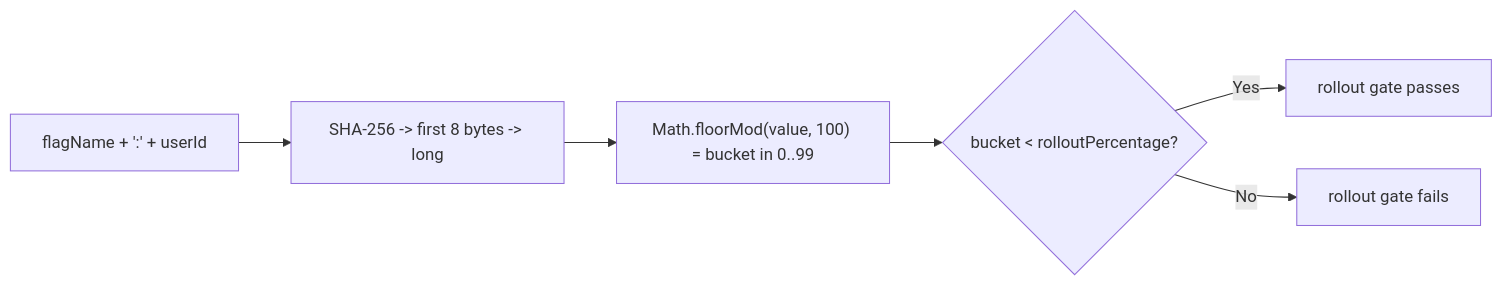
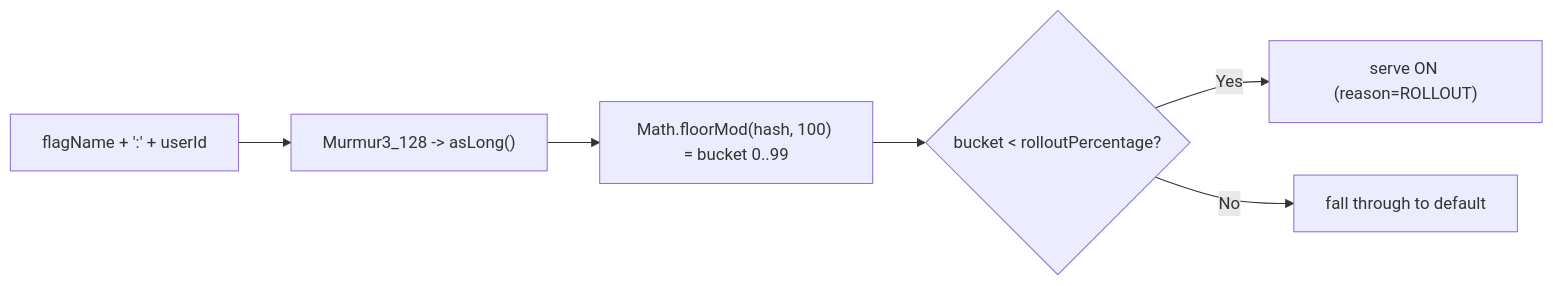
The fourth of 4 diagrams in docs/architecture.md (karansdoshi/featureFlagService), drawn with Mermaid before and after one commit. The commit also changed other lines of this file and 49 other files, not shown here.

````diff
--- a/docs/architecture.md
+++ b/docs/architecture.md
@@ -60,8 +64,8 @@
 ```mermaid
 flowchart LR
-  In["flagName + ':' + userId"] --> Hash["SHA-256 -> first 8 bytes -> long"]
-  Hash --> Mod["Math.floorMod(value, 100) = bucket in 0..99"]
+  In["flagName + ':' + userId"] --> Hash["Murmur3_128 -> asLong()"]
+  Hash --> Mod["Math.floorMod(hash, 100) = bucket 0..99"]
   Mod --> Cmp{"bucket < rolloutPercentage?"}
-  Cmp -->|Yes| Pass["rollout gate passes"]
-  Cmp -->|No| Fail["rollout gate fails"]
+  Cmp -->|Yes| Pass["serve ON (reason=ROLLOUT)"]
+  Cmp -->|No| Fail["fall through to default"]
 ```
````
